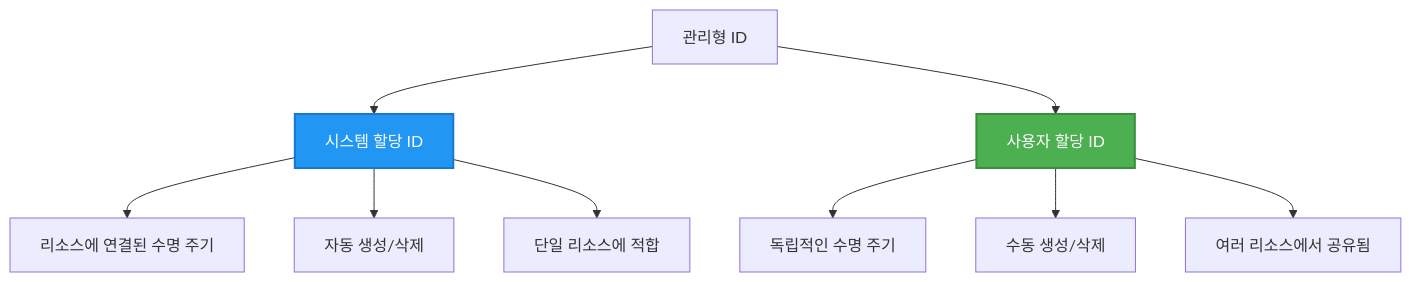
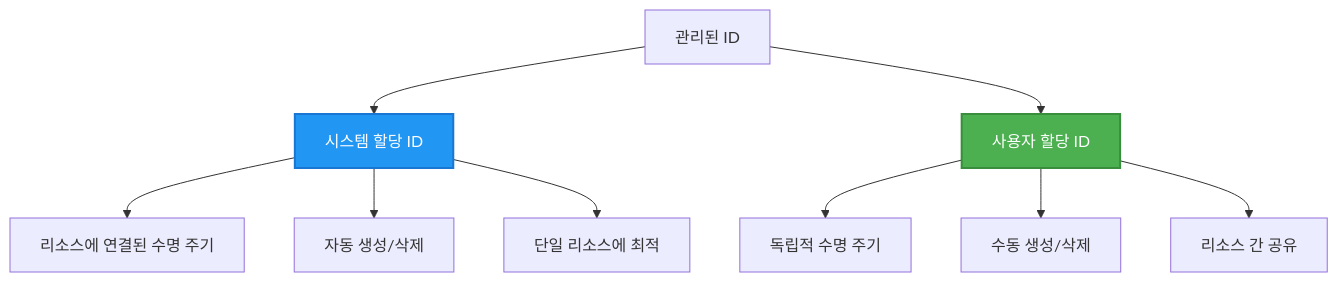
Before and after one commit to microsoft/AZD-for-beginners: the second of 2 diagrams in translations/ko/docs/chapter-03-configuration/authsecurity.md, drawn with Mermaid. The commit also changed other lines of this file and 101 other files, not shown here.

````diff
--- a/translations/ko/docs/chapter-03-configuration/authsecurity.md
+++ b/translations/ko/docs/chapter-03-configuration/authsecurity.md
@@ -97,20 +97,20 @@
 ```mermaid
 graph TB
-    MI[관리형 ID]
+    MI[관리된 ID]
     SystemAssigned[시스템 할당 ID]
     UserAssigned[사용자 할당 ID]
     
     MI --> SystemAssigned
     MI --> UserAssigned
     
     SystemAssigned --> SA1[리소스에 연결된 수명 주기]
     SystemAssigned --> SA2[자동 생성/삭제]
-    SystemAssigned --> SA3[단일 리소스에 적합]
+    SystemAssigned --> SA3[단일 리소스에 최적]
     
-    UserAssigned --> UA1[독립적인 수명 주기]
+    UserAssigned --> UA1[독립적 수명 주기]
     UserAssigned --> UA2[수동 생성/삭제]
-    UserAssigned --> UA3[여러 리소스에서 공유됨]
+    UserAssigned --> UA3[리소스 간 공유]
     
     style SystemAssigned fill:#2196F3,stroke:#1976D2,stroke-width:2px,color:#fff
     style UserAssigned fill:#4CAF50,stroke:#388E3C,stroke-width:2px,color:#fff
 ```
````
